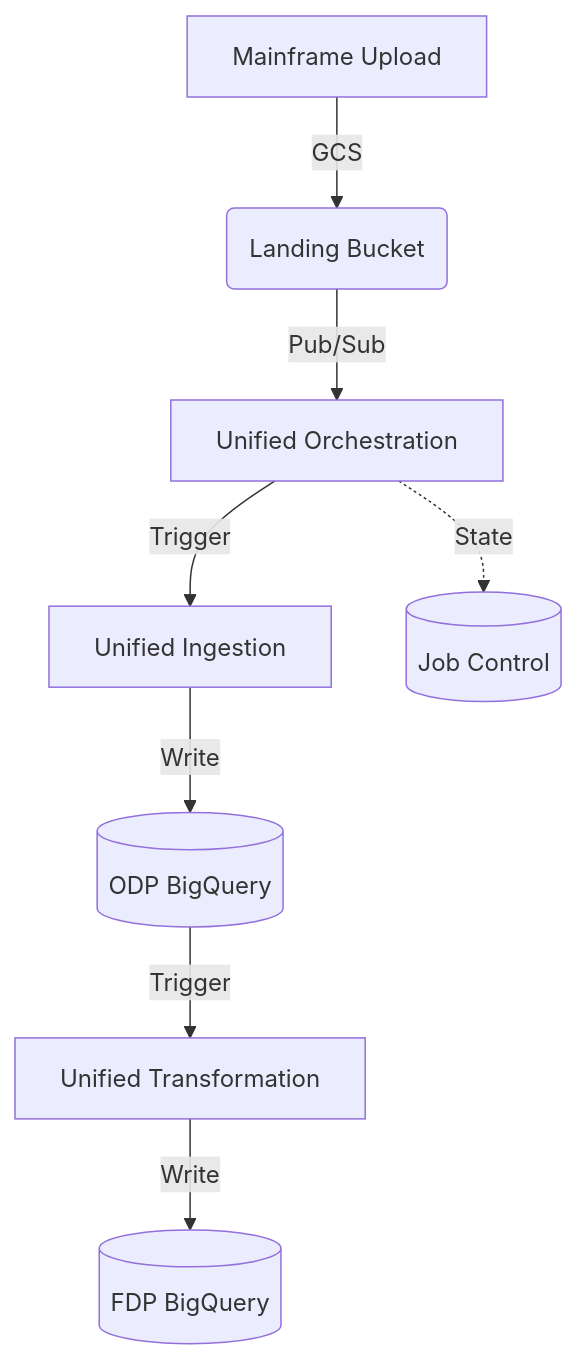
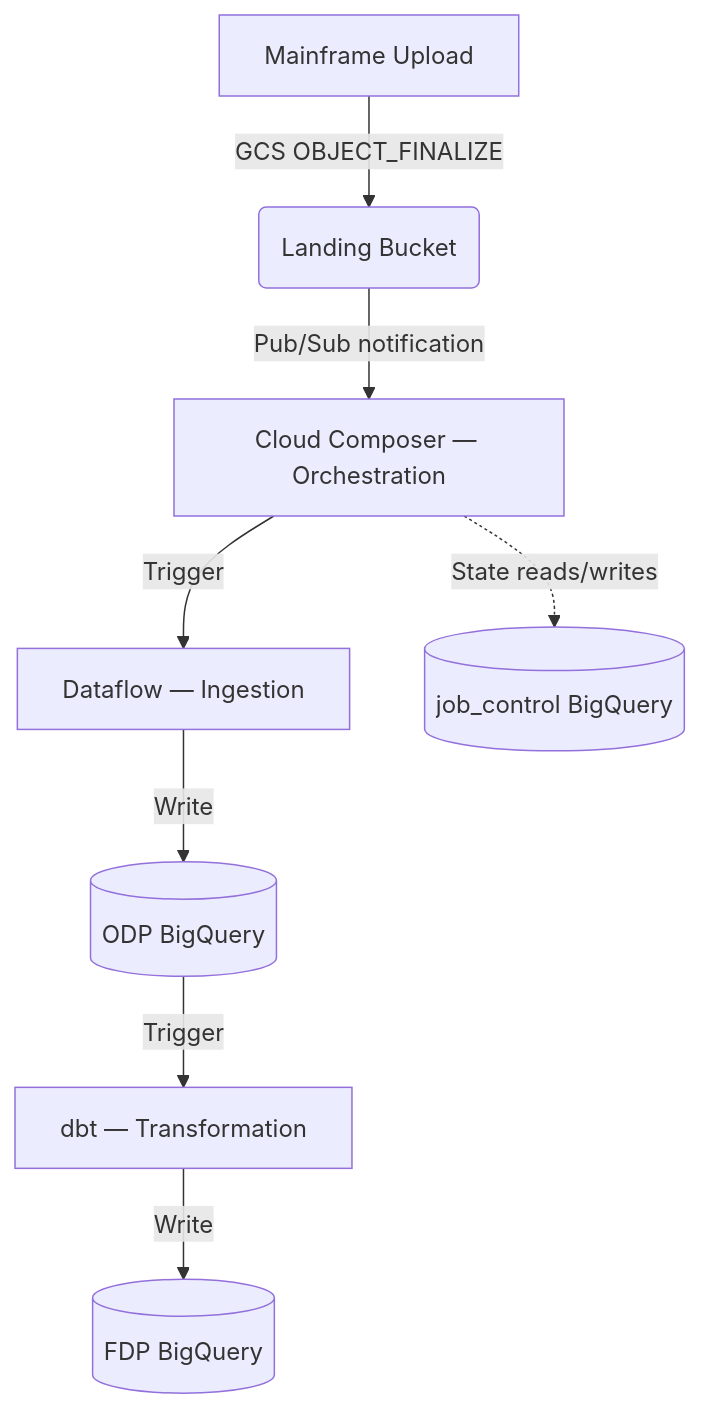
The diagram in docs/TECHNICAL_ARCHITECTURE.md (enrichmeai/culvert), drawn with Mermaid before and after one commit. The commit also changed other lines of this file and 4 other files, not shown here.

````diff
--- a/docs/TECHNICAL_ARCHITECTURE.md
+++ b/docs/TECHNICAL_ARCHITECTURE.md
@@ -23,10 +27,10 @@
 ```mermaid
 graph TD
-    A[Mainframe Upload] -->|GCS| B(Landing Bucket)
-    B -->|Pub/Sub| C[Unified Orchestration]
-    C -->|Trigger| D[Unified Ingestion]
+    A[Mainframe Upload] -->|GCS OBJECT_FINALIZE| B(Landing Bucket)
+    B -->|Pub/Sub notification| C[Cloud Composer — Orchestration]
+    C -->|Trigger| D[Dataflow — Ingestion]
     D -->|Write| E[(ODP BigQuery)]
-    E -->|Trigger| F[Unified Transformation]
+    E -->|Trigger| F[dbt — Transformation]
     F -->|Write| G[(FDP BigQuery)]
-    C -.->|State| H[(Job Control)]
+    C -.->|State reads/writes| H[(job_control BigQuery)]
 ```
````
